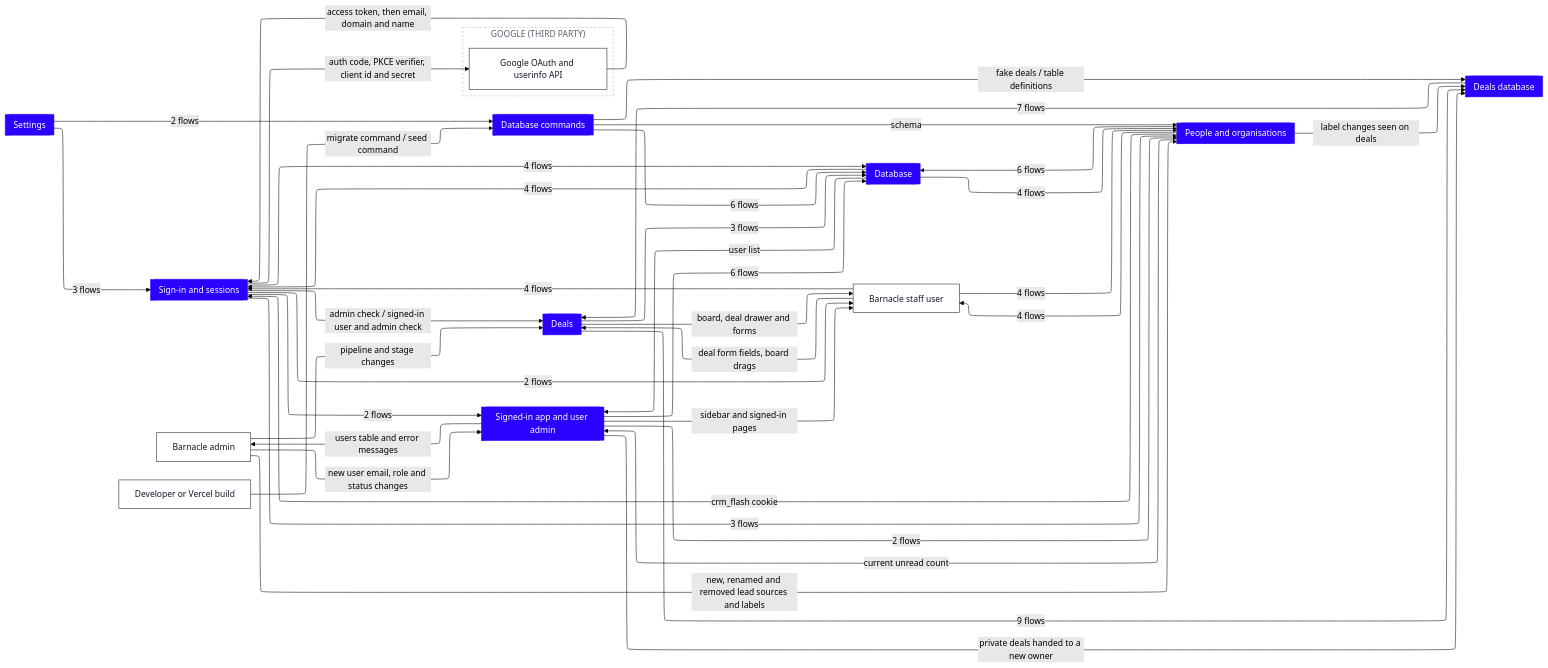
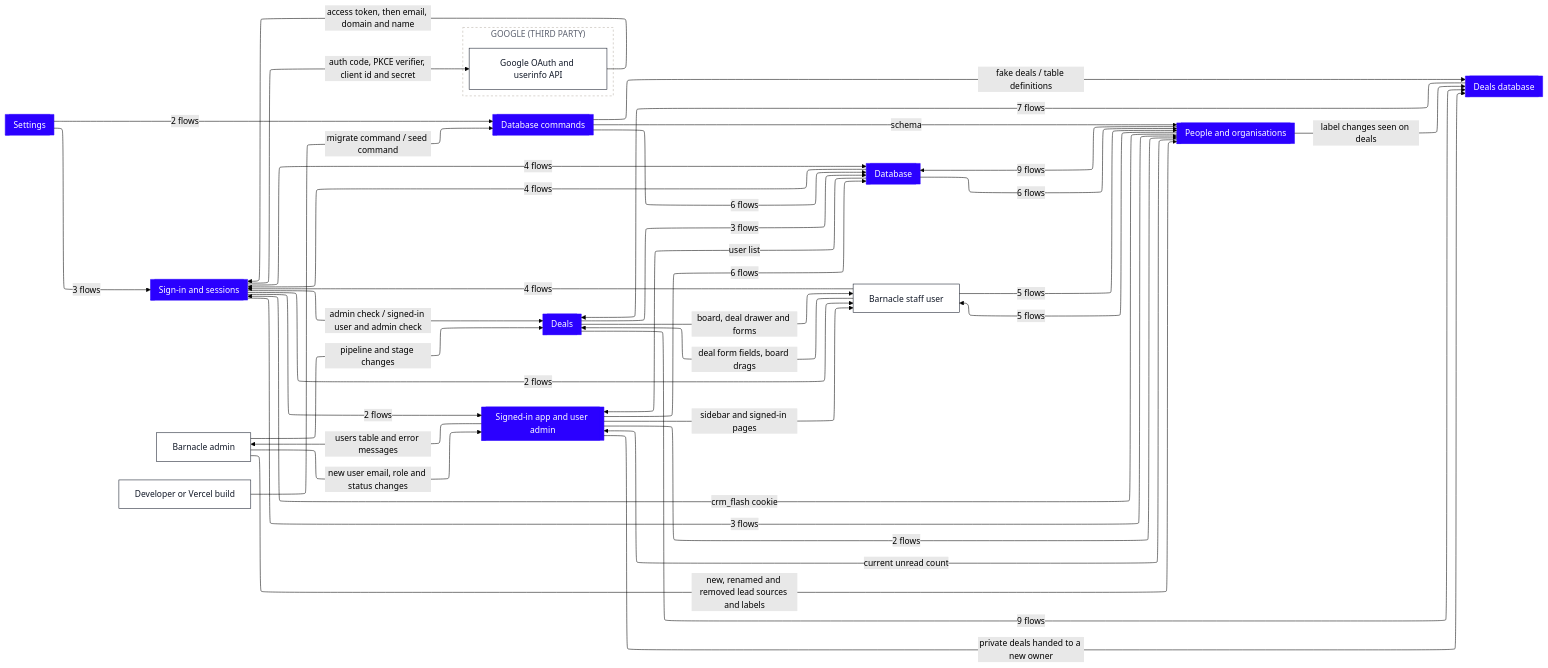
The first of 10 diagrams in dataflow/DATAFLOW.md (Romain-Perche/Barnacle-Pipe), drawn with Mermaid (forest theme) before and after one commit. The commit also changed other lines of this file and 7 other files, not shown here.

````diff
--- a/dataflow/DATAFLOW.md
+++ b/dataflow/DATAFLOW.md
@@ -11,66 +11,66 @@
 ```mermaid
 ---
 config:
   layout: elk
 ---
 flowchart LR
     n1[["Database"]]
     n2[["Database commands"]]
     n3[["Deals"]]
     n4[["Deals database"]]
     n5[["People and organisations"]]
     n6[["Settings"]]
     n7[["Sign-in and sessions"]]
     n8[["Signed-in app and user admin"]]
     n9["Barnacle admin"]
     n10["Developer or Vercel build"]
     n11["Barnacle staff user"]
     subgraph z1["GOOGLE (THIRD PARTY)"]
         n12["Google OAuth and userinfo API"]
     end
     n9 -->|"new, renamed and removed lead sources and labels"| n5
     n9 -->|"pipeline and stage changes"| n3
     n9 -->|"new user email, role and status changes"| n8
     n8 -->|"2 flows"| n5
     n8 -->|"sidebar and signed-in pages"| n11
-    n5 -->|"6 flows"| n1
+    n5 -->|"9 flows"| n1
     n5 -->|"label changes seen on deals"| n4
-    n1 -->|"4 flows"| n5
+    n1 -->|"6 flows"| n5
     n7 -->|"4 flows"| n1
+    n5 -->|"5 flows"| n11
     n4 -->|"7 flows"| n3
     n3 -->|"9 flows"| n4
     n3 -->|"3 flows"| n1
     n3 -->|"board, deal drawer and forms"| n11
     n10 -->|"migrate command / seed command"| n2
     n6 -->|"3 flows"| n7
     n6 -->|"2 flows"| n2
     n7 -->|"auth code, PKCE verifier, client id and secret"| n12
     n7 -->|"2 flows"| n11
     n12 -->|"access token, then email, domain and name"| n7
     n2 -->|"fake deals / table definitions"| n4
     n2 -->|"schema"| n5
     n2 -->|"6 flows"| n1
-    n5 -->|"4 flows"| n11
     n5 -->|"current unread count"| n8
     n5 -->|"crm_flash cookie"| n7
     n7 -->|"2 flows"| n8
     n7 -->|"3 flows"| n5
     n7 -->|"admin check / signed-in user and admin check"| n3
     n1 -->|"4 flows"| n7
+    n11 -->|"5 flows"| n5
     n11 -->|"deal form fields, board drags"| n3
     n11 -->|"4 flows"| n7
-    n11 -->|"4 flows"| n5
     n8 -->|"users table and error messages"| n9
     n8 -->|"private deals handed to a new owner"| n4
     n8 -->|"6 flows"| n1
     n1 -->|"user list"| n8
     classDef actor fill:#FFFFFF,stroke:#111827,stroke-width:1px,color:#111827
     classDef process fill:#EDEAFF,stroke:#2B00FF,stroke-width:1.5px,color:#111827
     classDef store fill:#FAF6F1,stroke:#111827,stroke-width:1.5px,color:#111827
     classDef zone fill:#1A1A1A,stroke:#1A1A1A,color:#FFFFFF
     classDef group fill:#2B00FF,stroke:#2B00FF,color:#FFFFFF
     classDef stub fill:#FFFFFF,stroke:#2B00FF,stroke-width:1.5px,stroke-dasharray:5 4,color:#2B00FF
     class n9,n10,n11,n12 actor
     class n1,n2,n3,n4,n5,n6,n7,n8 group
     style z1 fill:#FFFFFF,stroke:#B9B2A8,stroke-dasharray:4 4,color:#5D6270
 ```
````
